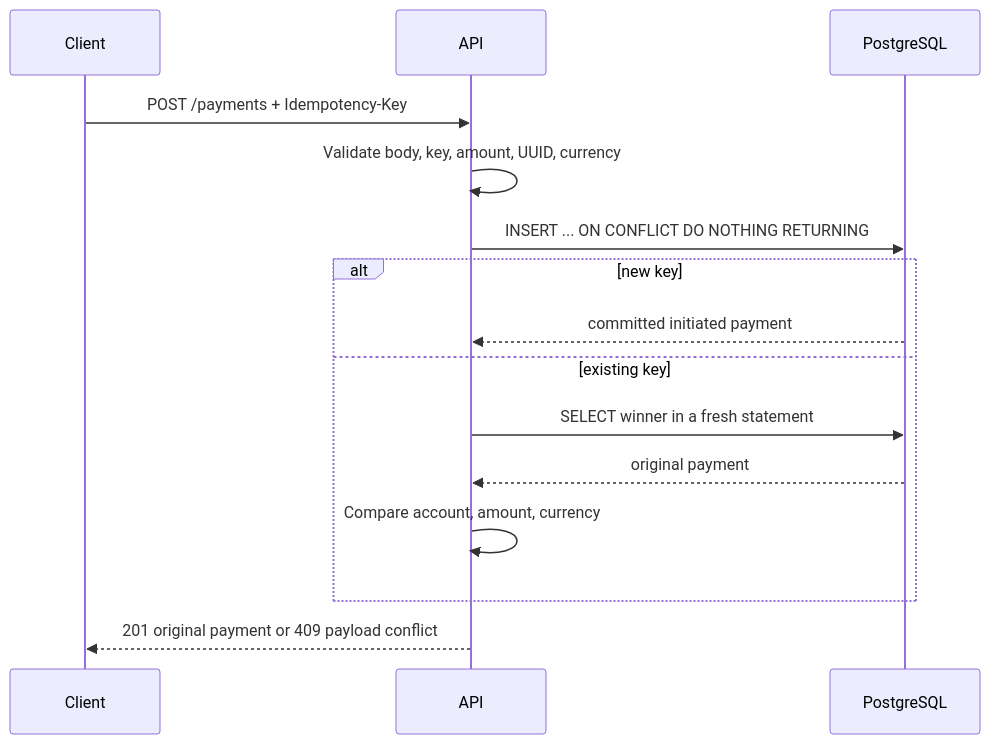
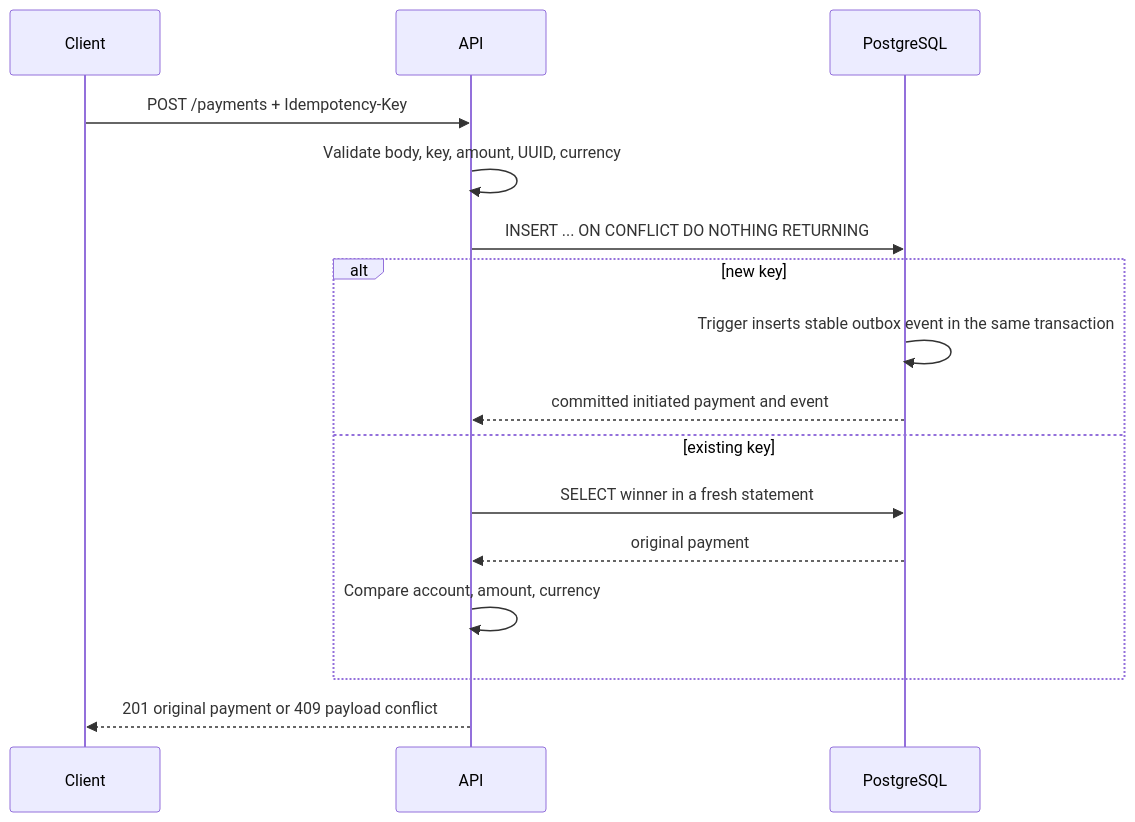
The second of 2 diagrams in docs/architecture/payment-api-lld.md (varunpathania86/realtime-payment-platform), drawn with Mermaid before and after one commit. The commit also changed other lines of this file and 98 other files, not shown here.

````diff
--- a/docs/architecture/payment-api-lld.md
+++ b/docs/architecture/payment-api-lld.md
@@ -49,17 +58,18 @@
 ```mermaid
 sequenceDiagram
   participant Client
   participant API
   participant DB as PostgreSQL
   Client->>API: POST /payments + Idempotency-Key
   API->>API: Validate body, key, amount, UUID, currency
   API->>DB: INSERT ... ON CONFLICT DO NOTHING RETURNING
   alt new key
-    DB-->>API: committed initiated payment
+    DB->>DB: Trigger inserts stable outbox event in the same transaction
+    DB-->>API: committed initiated payment and event
   else existing key
     API->>DB: SELECT winner in a fresh statement
     DB-->>API: original payment
     API->>API: Compare account, amount, currency
   end
   API-->>Client: 201 original payment or 409 payload conflict
 ```
````
